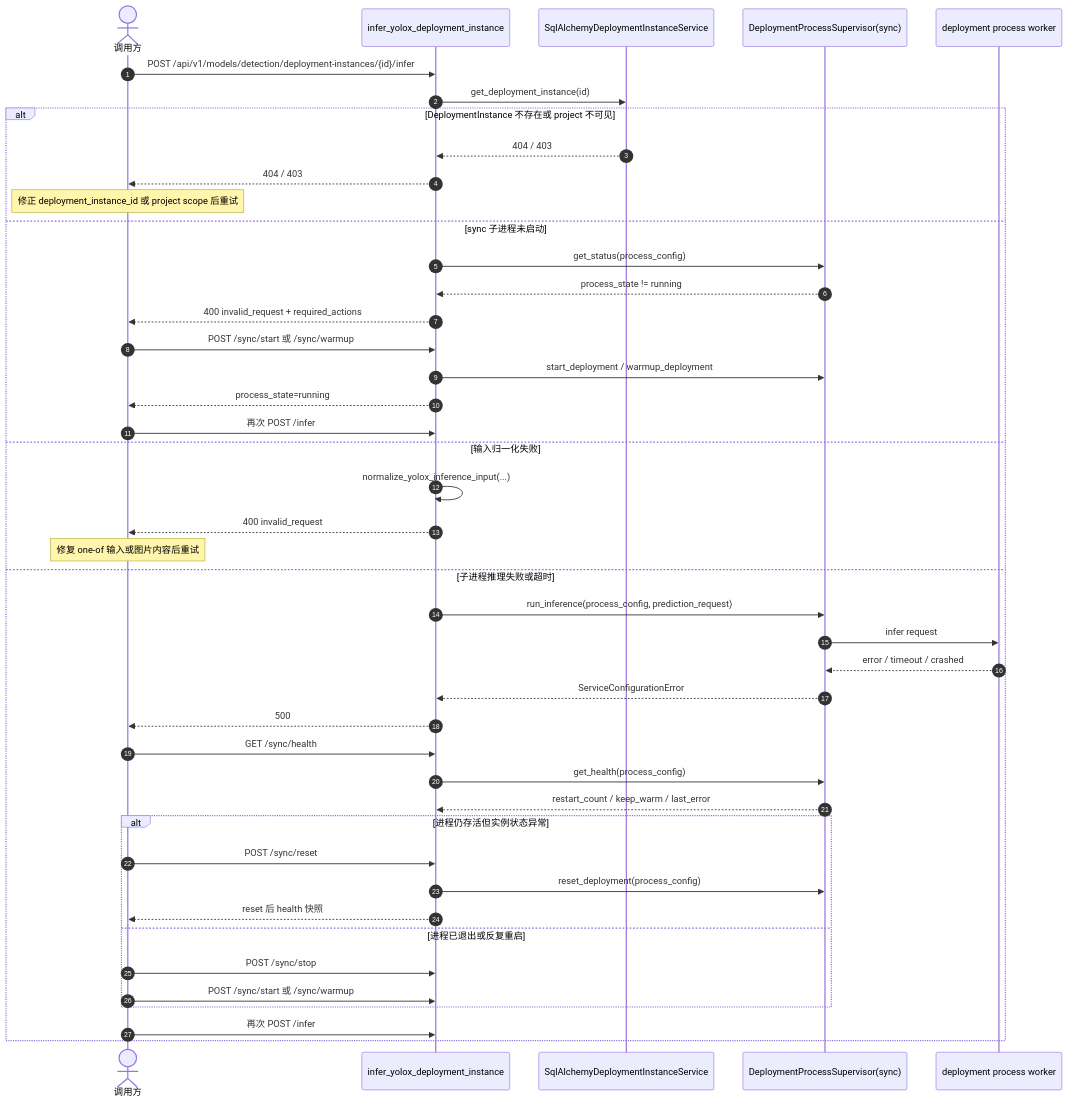
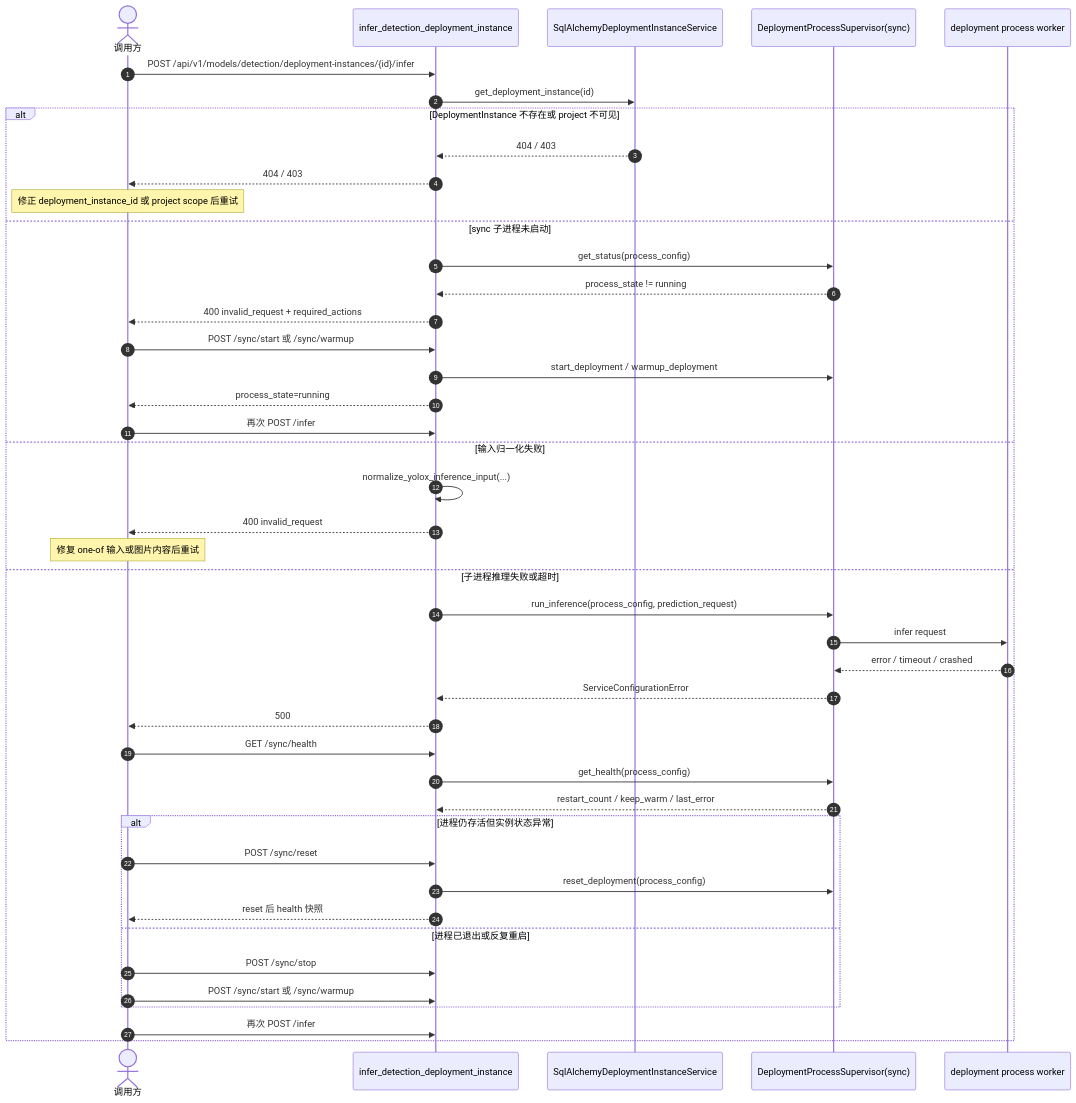
Before and after one commit to ammm56/amvision: the sixth of 8 diagrams in docs/architecture/execution-sequences.md, drawn with Mermaid. The commit also changed other lines of this file and 49 other files, not shown here.

First line of the commit message:
refactor(deployments): 统一 detection deployment 命名与绑定

````diff
--- a/docs/architecture/execution-sequences.md
+++ b/docs/architecture/execution-sequences.md
@@ -318,47 +318,47 @@
 ```mermaid
 sequenceDiagram
     autonumber
     actor Client as 调用方
-    participant API as infer_yolox_deployment_instance
+    participant API as infer_detection_deployment_instance
     participant DeploySvc as SqlAlchemyDeploymentInstanceService
     participant SyncSup as DeploymentProcessSupervisor(sync)
     participant Child as deployment process worker
 
     Client->>API: POST /api/v1/models/detection/deployment-instances/{id}/infer
     API->>DeploySvc: get_deployment_instance(id)
     alt DeploymentInstance 不存在或 project 不可见
         DeploySvc-->>API: 404 / 403
         API-->>Client: 404 / 403
         Note over Client: 修正 deployment_instance_id 或 project scope 后重试
     else sync 子进程未启动
         API->>SyncSup: get_status(process_config)
         SyncSup-->>API: process_state != running
         API-->>Client: 400 invalid_request + required_actions
         Client->>API: POST /sync/start 或 /sync/warmup
         API->>SyncSup: start_deployment / warmup_deployment
         API-->>Client: process_state=running
         Client->>API: 再次 POST /infer
     else 输入归一化失败
         API->>API: normalize_yolox_inference_input(...)
         API-->>Client: 400 invalid_request
         Note over Client: 修复 one-of 输入或图片内容后重试
     else 子进程推理失败或超时
         API->>SyncSup: run_inference(process_config, prediction_request)
         SyncSup->>Child: infer request
         Child-->>SyncSup: error / timeout / crashed
         SyncSup-->>API: ServiceConfigurationError
         API-->>Client: 500
         Client->>API: GET /sync/health
         API->>SyncSup: get_health(process_config)
         SyncSup-->>API: restart_count / keep_warm / last_error
         alt 进程仍存活但实例状态异常
             Client->>API: POST /sync/reset
             API->>SyncSup: reset_deployment(process_config)
             API-->>Client: reset 后 health 快照
         else 进程已退出或反复重启
             Client->>API: POST /sync/stop
             Client->>API: POST /sync/start 或 /sync/warmup
         end
         Client->>API: 再次 POST /infer
     end
 ```
````
